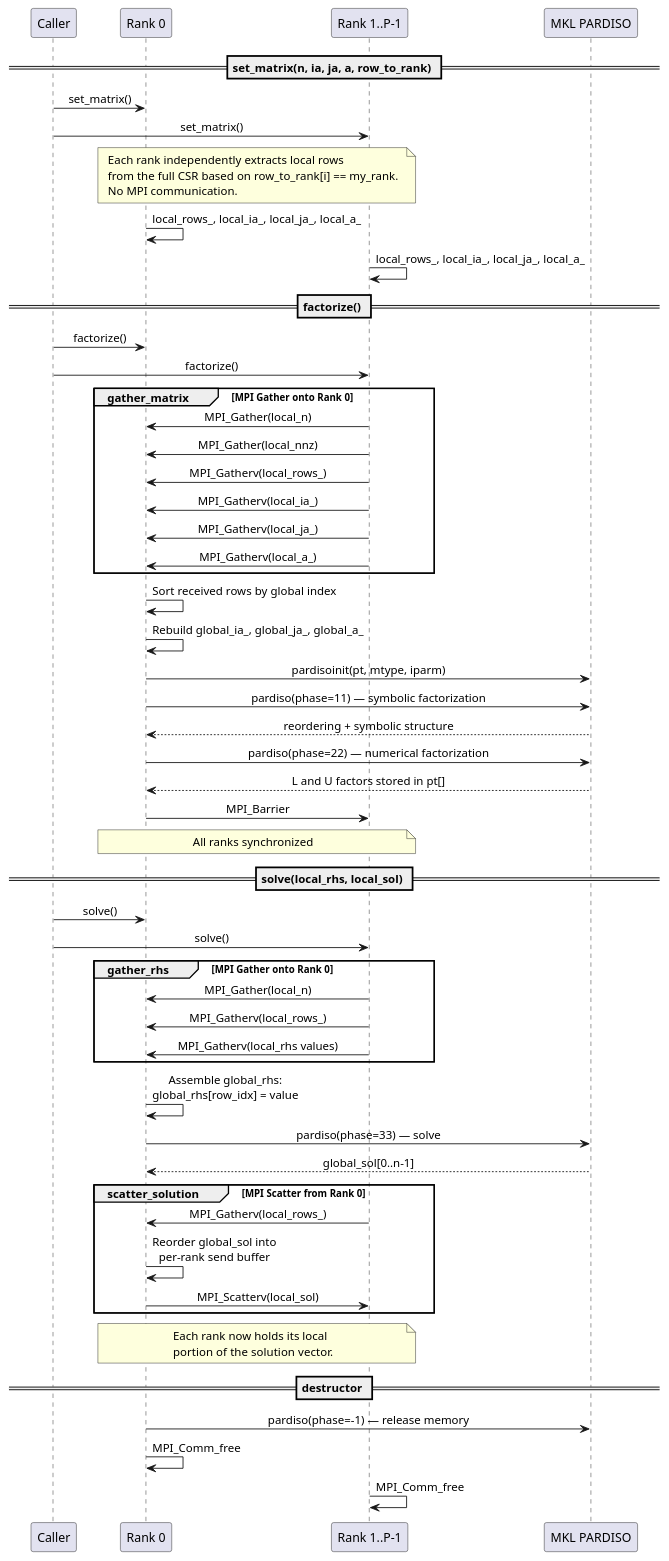
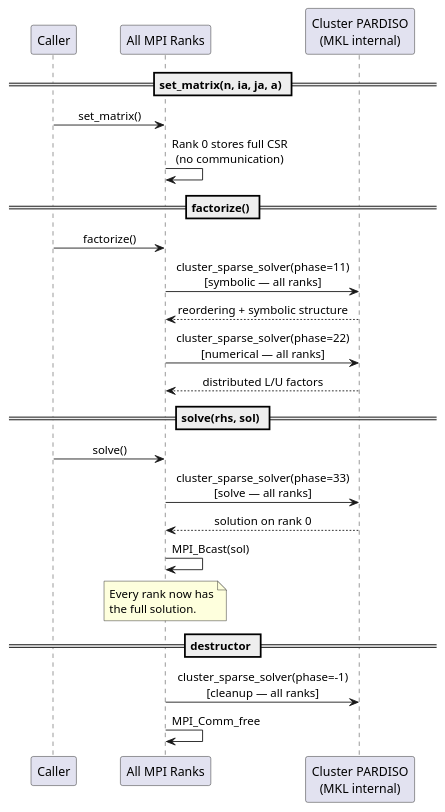
Before and after one commit to kyungminlee/pardiso-mpi: the first of 2 diagrams in DEVELOPER.md, drawn with PlantUML. The commit also changed other lines of this file and 9 other files, not shown here.

First line of the commit message:
Replace serial PARDISO with MKL Cluster PARDISO

````diff
--- a/DEVELOPER.md
+++ b/DEVELOPER.md
@@ -216,81 +133,39 @@
 skinparam sequenceMessageAlign center
 skinparam participantPadding 20
 
-participant "Caller"       as C
-participant "Rank 0"       as R0
-participant "Rank 1..P-1"  as RN
-participant "MKL PARDISO"  as P
+participant "Caller"              as C
+participant "All MPI Ranks"       as R
+participant "Cluster PARDISO\n(MKL internal)" as P
 
-== set_matrix(n, ia, ja, a, row_to_rank) ==
+== set_matrix(n, ia, ja, a) ==
 
-C -> R0 : set_matrix()
-C -> RN : set_matrix()
-note over R0, RN
-  Each rank independently extracts local rows
-  from the full CSR based on row_to_rank[i] == my_rank.
-  No MPI communication.
-end note
-R0 -> R0 : local_rows_, local_ia_, local_ja_, local_a_
-RN -> RN : local_rows_, local_ia_, local_ja_, local_a_
+C -> R : set_matrix()
+R -> R : Rank 0 stores full CSR\n(no communication)
 
 == factorize() ==
 
-C -> R0 : factorize()
-C -> RN : factorize()
+C -> R : factorize()
+R -> P : cluster_sparse_solver(phase=11)\n[symbolic — all ranks]
+R <-- P : reordering + symbolic structure
+R -> P : cluster_sparse_solver(phase=22)\n[numerical — all ranks]
+R <-- P : distributed L/U factors
 
-group gather_matrix [MPI Gather onto Rank 0]
-  RN -> R0 : MPI_Gather(local_n)
-  RN -> R0 : MPI_Gather(local_nnz)
-  RN -> R0 : MPI_Gatherv(local_rows_)
-  RN -> R0 : MPI_Gatherv(local_ia_)
-  RN -> R0 : MPI_Gatherv(local_ja_)
-  RN -> R0 : MPI_Gatherv(local_a_)
-end
+== solve(rhs, sol) ==
 
-R0 -> R0 : Sort received rows by global index
-R0 -> R0 : Rebuild global_ia_, global_ja_, global_a_
+C -> R : solve()
+R -> P : cluster_sparse_solver(phase=33)\n[solve — all ranks]
+R <-- P : solution on rank 0
+R -> R : MPI_Bcast(sol)
 
-R0 -> P : pardisoinit(pt, mtype, iparm)
-R0 -> P : pardiso(phase=11) — symbolic factorization
-R0 <-- P : reordering + symbolic structure
-R0 -> P : pardiso(phase=22) — numerical factorization
-R0 <-- P : L and U factors stored in pt[]
-
-R0 -> RN : MPI_Barrier
-note over R0, RN : All ranks synchronized
-
-== solve(local_rhs, local_sol) ==
-
-C -> R0 : solve()
-C -> RN : solve()
-
-group gather_rhs [MPI Gather onto Rank 0]
-  RN -> R0 : MPI_Gather(local_n)
-  RN -> R0 : MPI_Gatherv(local_rows_)
-  RN -> R0 : MPI_Gatherv(local_rhs values)
-end
-
-R0 -> R0 : Assemble global_rhs:\nglobal_rhs[row_idx] = value
-
-R0 -> P : pardiso(phase=33) — solve
-R0 <-- P : global_sol[0..n-1]
-
-group scatter_solution [MPI Scatter from Rank 0]
-  RN -> R0 : MPI_Gatherv(local_rows_)
-  R0 -> R0 : Reorder global_sol into\nper-rank send buffer
-  R0 -> RN : MPI_Scatterv(local_sol)
-end
-
-note over R0, RN
-  Each rank now holds its local
-  portion of the solution vector.
+note over R
+  Every rank now has
+  the full solution.
 end note
 
 == destructor ==
 
-R0 -> P : pardiso(phase=-1) — release memory
-R0 -> R0 : MPI_Comm_free
-RN -> RN : MPI_Comm_free
+R -> P : cluster_sparse_solver(phase=-1)\n[cleanup — all ranks]
+R -> R : MPI_Comm_free
 
 @enduml
 ```
````
